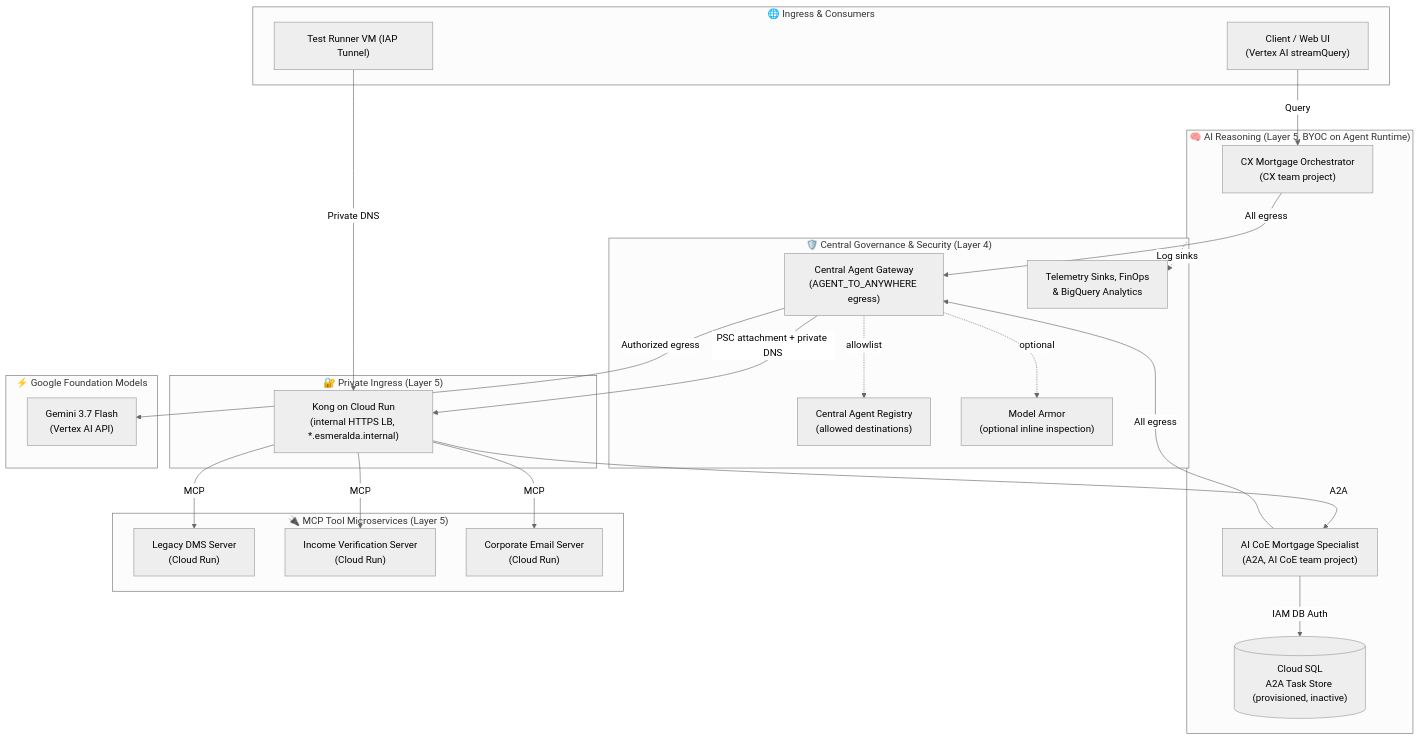
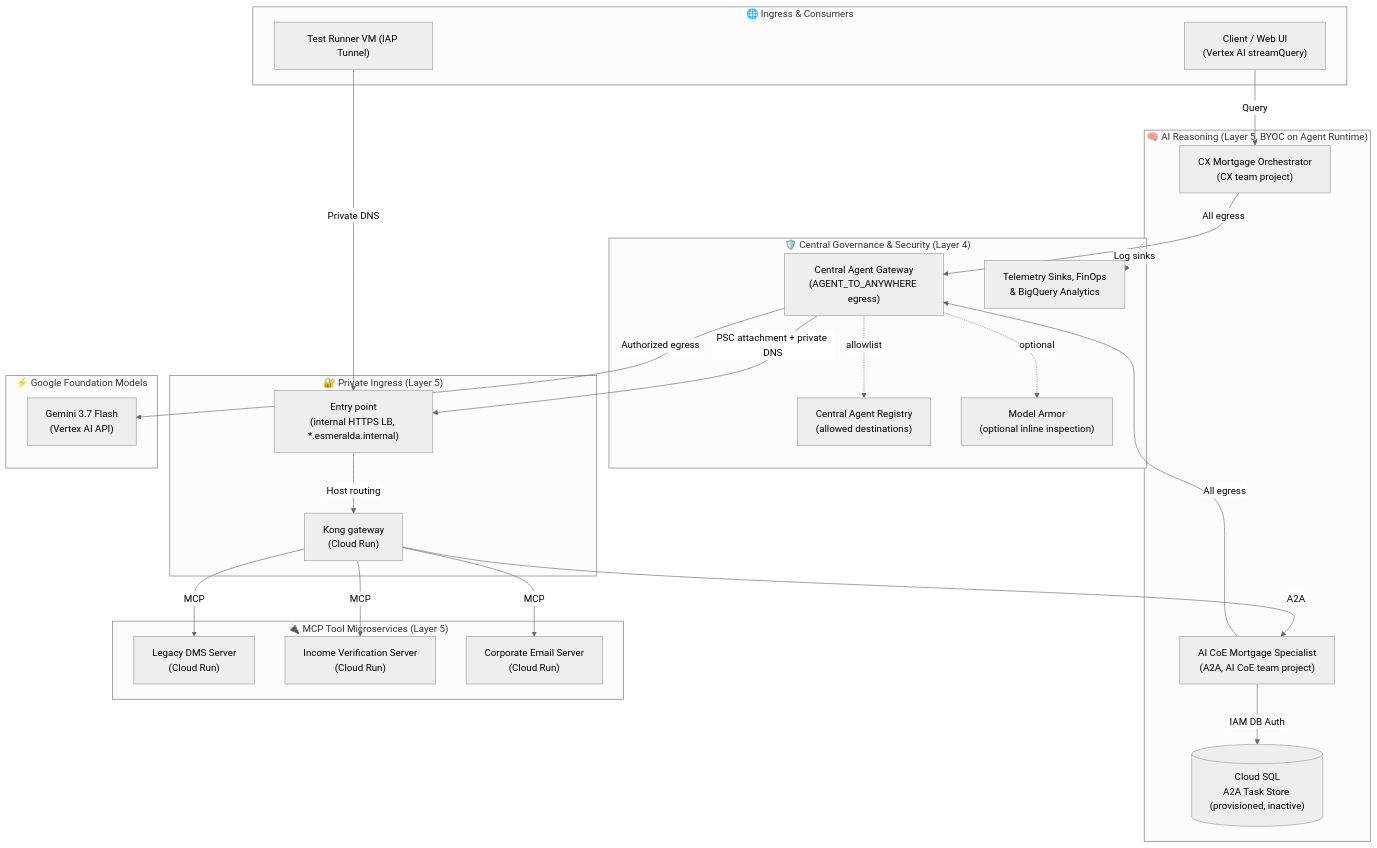
One commit to google/esmeralda changed the diagram in README.md. Above: the diagram before and after it, drawn with Mermaid (neutral theme). The commit also changed other lines of this file and 10 other files, not shown here.

First line of the commit message:
docs: describe the entry point, the gateway contract and host-by-host migration

````diff
--- a/README.md
+++ b/README.md
@@ -65,49 +65,51 @@
 ```mermaid
 flowchart TD
     subgraph Clients["🌐 Ingress & Consumers"]
         User["Client / Web UI\n(Vertex AI streamQuery)"]
         TestVM["Test Runner VM (IAP Tunnel)"]
     end
 
     subgraph Governance["🛡️ Central Governance & Security (Layer 4)"]
         AGW["Central Agent Gateway\n(AGENT_TO_ANYWHERE egress)"]
         AR["Central Agent Registry\n(allowed destinations)"]
         MA["Model Armor\n(optional inline inspection)"]
         FinOps["Telemetry Sinks, FinOps\n& BigQuery Analytics"]
     end
 
     subgraph Agents["🧠 AI Reasoning (Layer 5, BYOC on Agent Runtime)"]
         Orch["CX Mortgage Orchestrator\n(CX team project)"]
         Spec["AI CoE Mortgage Specialist\n(A2A, AI CoE team project)"]
         TaskDB[("Cloud SQL\nA2A Task Store (provisioned, inactive)")]
     end
 
     subgraph Private["🔐 Private Ingress (Layer 5)"]
-        Kong["Kong on Cloud Run\n(internal HTTPS LB, *.esmeralda.internal)"]
+        EP["Entry point\n(internal HTTPS LB, *.esmeralda.internal)"]
+        Kong["Kong gateway\n(Cloud Run)"]
     end
 
     subgraph Tools["🔌 MCP Tool Microservices (Layer 5)"]
         DMS["Legacy DMS Server\n(Cloud Run)"]
         Income["Income Verification Server\n(Cloud Run)"]
         Email["Corporate Email Server\n(Cloud Run)"]
     end
 
     subgraph Models["⚡ Google Foundation Models"]
         Gemini["Gemini 3.7 Flash\n(Vertex AI API)"]
     end
 
     User -->|Query| Orch
     Orch -->|All egress| AGW
     Spec -->|All egress| AGW
     AGW -. allowlist .-> AR
     AGW -. optional .-> MA
     AGW -->|Authorized egress| Gemini
-    AGW -->|PSC attachment + private DNS| Kong
-    TestVM -->|Private DNS| Kong
+    AGW -->|PSC attachment + private DNS| EP
+    TestVM -->|Private DNS| EP
+    EP -->|Host routing| Kong
     Kong -->|A2A| Spec
     Kong -->|MCP| DMS
     Kong -->|MCP| Income
     Kong -->|MCP| Email
     Spec -->|IAM DB Auth| TaskDB
     Agents -.->|Log sinks| FinOps
 ```
````
